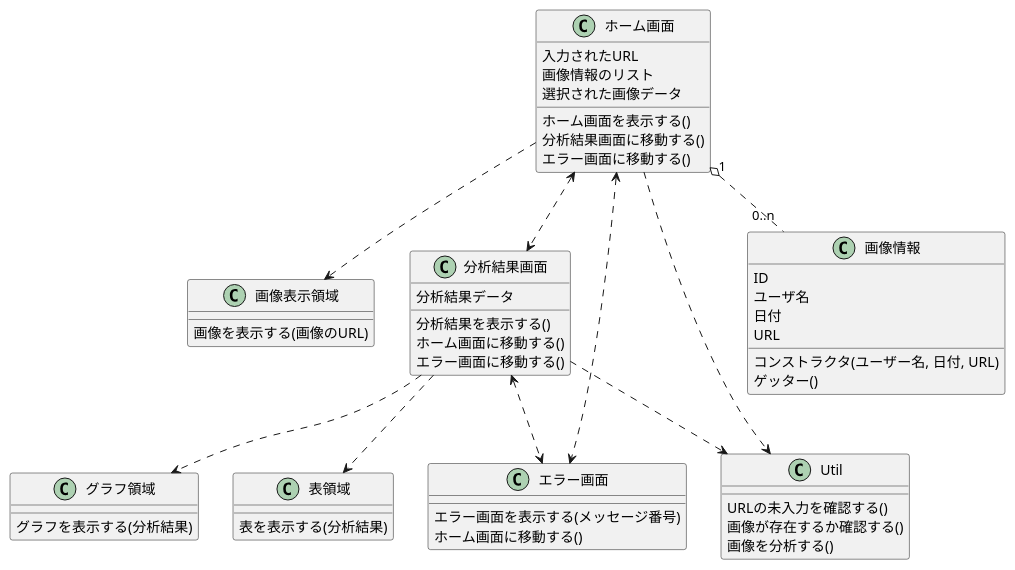
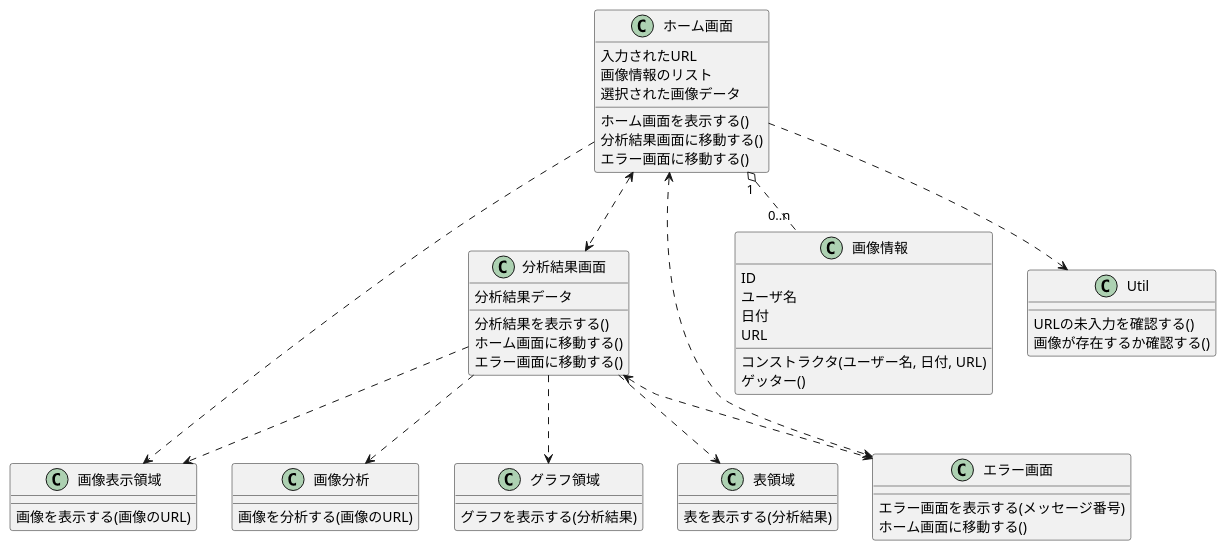
One commit to nishikawa1114/FaceEmotionSystem changed the diagram in uml/classDiag.pu. Above: the diagram before and after it, drawn with PlantUML.

Commit message:
分析機能を単一のクラスに分割

```diff
--- a/uml/classDiag.pu
+++ b/uml/classDiag.pu
@@ -1,62 +1,65 @@
 @startuml Face Emotion
 
 class ホーム画面 {
     入力されたURL
     画像情報のリスト
     選択された画像データ
     ホーム画面を表示する()
     分析結果画面に移動する()
     エラー画面に移動する()
 }
 
 class 画像表示領域 {
-    ' 画像情報のリスト
     画像を表示する(画像のURL)
 }
 
 class 分析結果画面 {
     分析結果データ
     分析結果を表示する()
     ホーム画面に移動する()
     エラー画面に移動する()
+}
+
+class 画像分析 {
+    画像を分析する(画像のURL)
 }
 
 class グラフ領域 {
     グラフを表示する(分析結果)
 }
 
 class 表領域 {
     表を表示する(分析結果)
 }
 
 class エラー画面 {
     エラー画面を表示する(メッセージ番号)
     ホーム画面に移動する()
 }
 
 class 画像情報 {
     ID
     ユーザ名
     日付
     URL
     コンストラクタ(ユーザー名, 日付, URL)
     ゲッター()
 }
 
 class Util {
     URLの未入力を確認する()
     画像が存在するか確認する()
-    画像を分析する()
 }
 
 ホーム画面 "1" o.. "0..n" 画像情報
 ホーム画面 ..> Util
 ホーム画面 ..> 画像表示領域
 ホーム画面 <..> エラー画面
 ホーム画面 <..> 分析結果画面
-分析結果画面 ..> Util
+分析結果画面 ..> 画像分析
+分析結果画面 ..> 画像表示領域
 分析結果画面 ..> グラフ領域
 分析結果画面 ..> 表領域
 分析結果画面 <..> エラー画面
 
 @enduml
```
